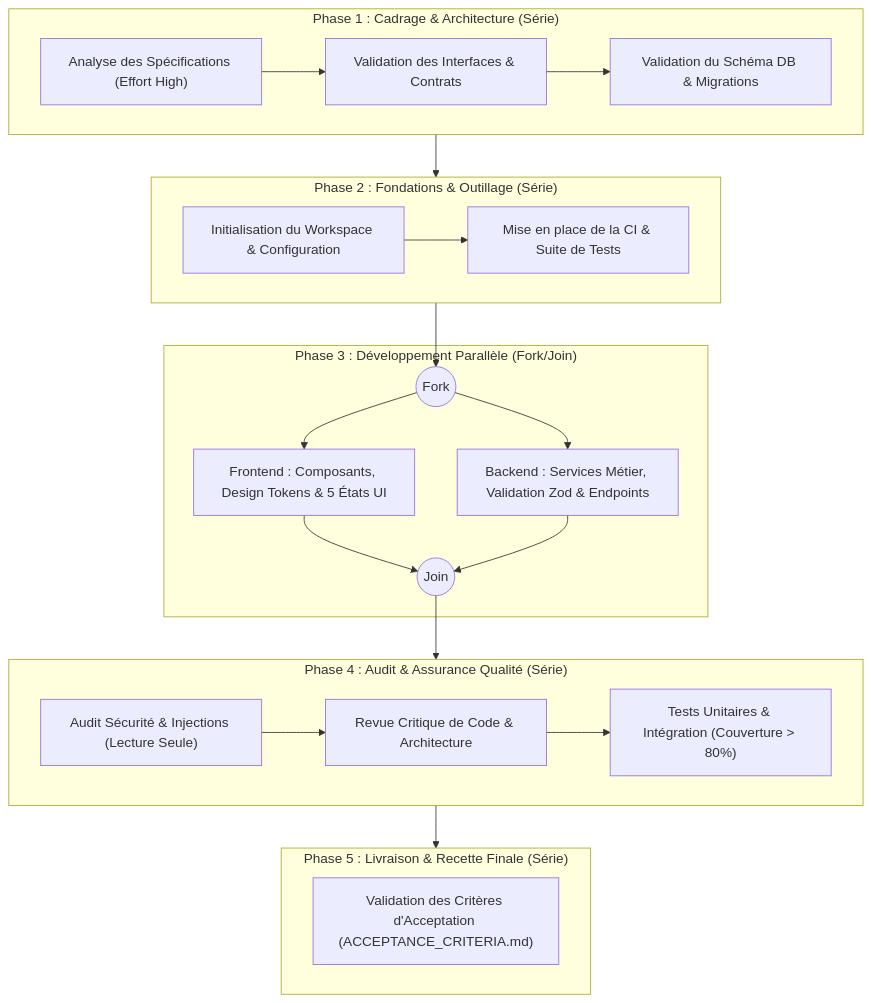
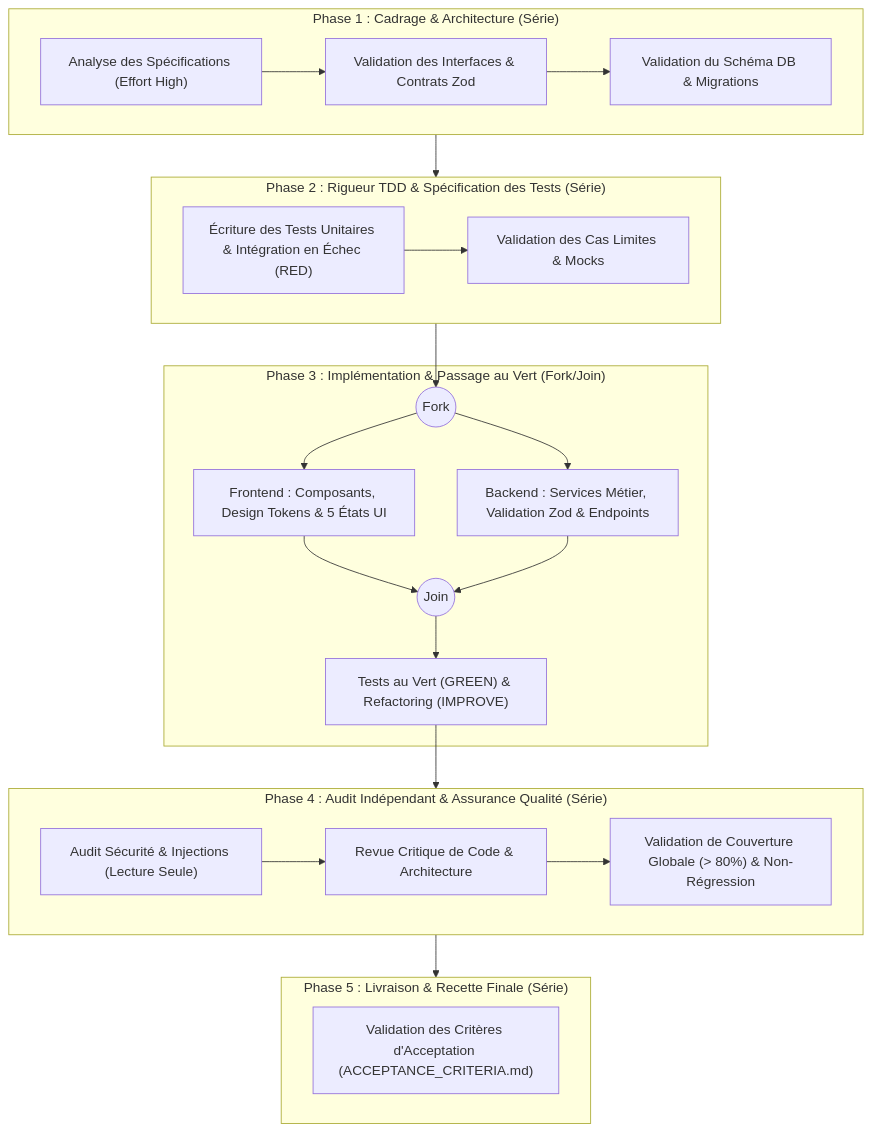
Before and after one commit to sylvaner-ai/antigravity-harness-builder: the diagram in docs/ORCHESTRATION.md, drawn with Mermaid. The commit also changed other lines of this file and 73 other files, not shown here.

````diff
--- a/docs/ORCHESTRATION.md
+++ b/docs/ORCHESTRATION.md
@@ -22,38 +22,39 @@
 ```mermaid
 flowchart TD
     subgraph Phase1["Phase 1 : Cadrage & Architecture (Série)"]
-        P1A["Analyse des Spécifications (Effort High)"] --> P1B["Validation des Interfaces & Contrats"]
+        P1A["Analyse des Spécifications (Effort High)"] --> P1B["Validation des Interfaces & Contrats Zod"]
         P1B --> P1C["Validation du Schéma DB & Migrations"]
     end
 
-    subgraph Phase2["Phase 2 : Fondations & Outillage (Série)"]
-        P2A["Initialisation du Workspace & Configuration"] --> P2B["Mise en place de la CI & Suite de Tests"]
+    subgraph Phase2["Phase 2 : Rigueur TDD & Spécification des Tests (Série)"]
+        P2A["Écriture des Tests Unitaires & Intégration en Échec (RED)"] --> P2B["Validation des Cas Limites & Mocks"]
     end
 
-    subgraph Phase3["Phase 3 : Développement Parallèle (Fork/Join)"]
+    subgraph Phase3["Phase 3 : Implémentation & Passage au Vert (Fork/Join)"]
         P3_Fork((Fork))
         P3_FE["Frontend : Composants, Design Tokens & 5 États UI"]
         P3_BE["Backend : Services Métier, Validation Zod & Endpoints"]
         P3_Join((Join))
         
         P3_Fork --> P3_FE
         P3_Fork --> P3_BE
         P3_FE --> P3_Join
         P3_BE --> P3_Join
+        P3_Join --> P3_Green["Tests au Vert (GREEN) & Refactoring (IMPROVE)"]
     end
 
-    subgraph Phase4["Phase 4 : Audit & Assurance Qualité (Série)"]
+    subgraph Phase4["Phase 4 : Audit Indépendant & Assurance Qualité (Série)"]
         P4A["Audit Sécurité & Injections (Lecture Seule)"] -->
         P4B["Revue Critique de Code & Architecture"] -->
-        P4C["Tests Unitaires & Intégration (Couverture > 80%)"]
+        P4C["Validation de Couverture Globale (> 80%) & Non-Régression"]
     end
 
     subgraph Phase5["Phase 5 : Livraison & Recette Finale (Série)"]
         P5A["Validation des Critères d'Acceptation (ACCEPTANCE_CRITERIA.md)"]
     end
 
     Phase1 --> Phase2
     Phase2 --> P3_Fork
-    P3_Join --> Phase4
+    P3_Green --> Phase4
     Phase4 --> Phase5
 ```
````
